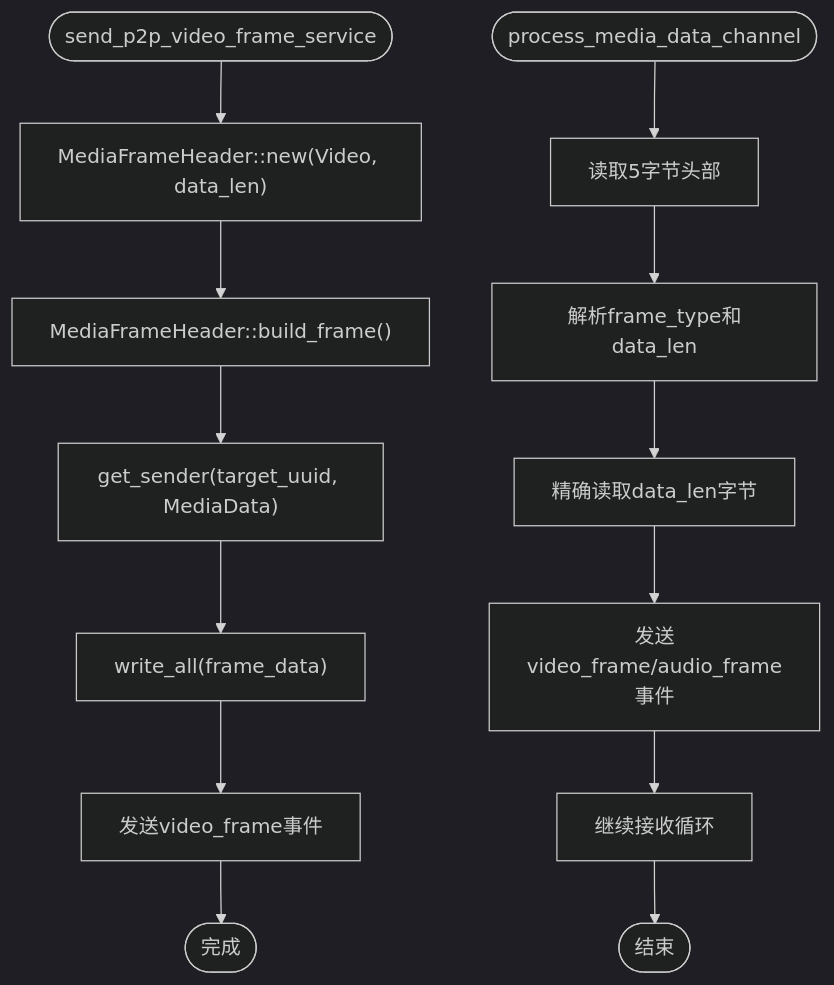
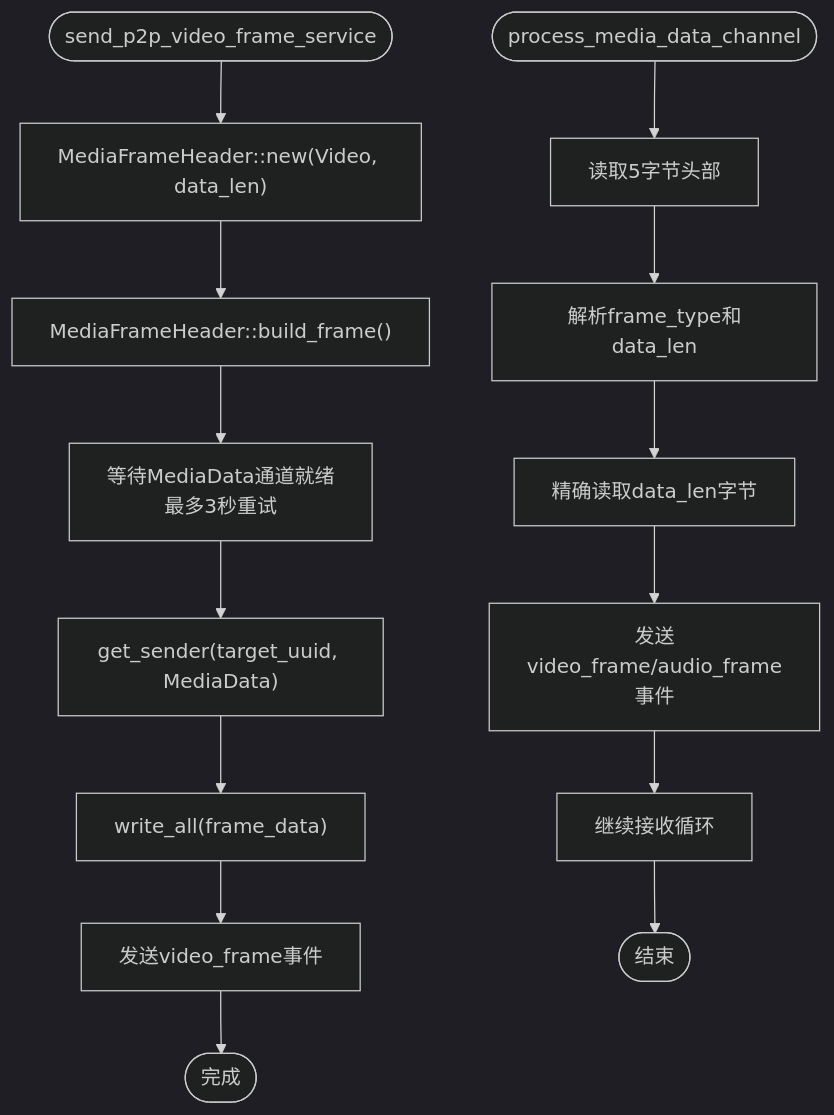
One commit to nicolastinger/only-talk-app changed diagram 13 of 18 in .qoder/repowiki/zh/content/后端服务/P2P服务.md. Above: the diagram before and after it, drawn with Mermaid (dark theme). The commit also changed other lines of this file and 17 other files, not shown here.

````diff
--- a/.qoder/repowiki/zh/content/后端服务/P2P服务.md
+++ b/.qoder/repowiki/zh/content/后端服务/P2P服务.md
@@ -832,15 +945,16 @@
 ```mermaid
 flowchart TD
 Start(["send_p2p_video_frame_service"]) --> BuildHeader["MediaFrameHeader::new(Video, data_len)"]
 BuildHeader --> BuildFrame["MediaFrameHeader::build_frame()"]
-BuildFrame --> GetStream["get_sender(target_uuid, MediaData)"]
+BuildFrame --> RetryLogic["等待MediaData通道就绪<br/>最多3秒重试"]
+RetryLogic --> GetStream["get_sender(target_uuid, MediaData)"]
 GetStream --> WriteData["write_all(frame_data)"]
 WriteData --> EmitEvent["发送video_frame事件"]
 EmitEvent --> End(["完成"])
 Start2(["process_media_data_channel"]) --> ReadHeader["读取5字节头部"]
 ReadHeader --> ParseHeader["解析frame_type和data_len"]
 ParseHeader --> ReadBody["精确读取data_len字节"]
 ReadBody --> EmitEvent2["发送video_frame/audio_frame事件"]
 EmitEvent2 --> Loop["继续接收循环"]
 Loop --> End2(["结束"])
 ```
````
